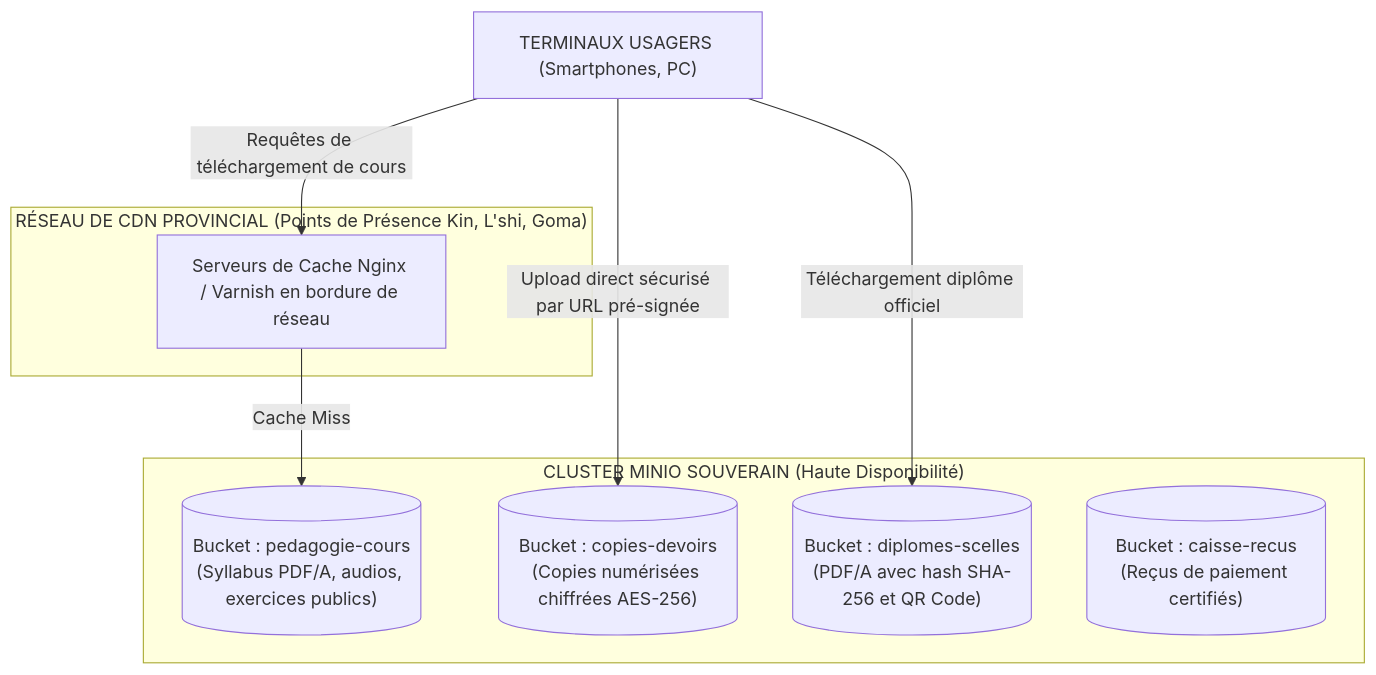
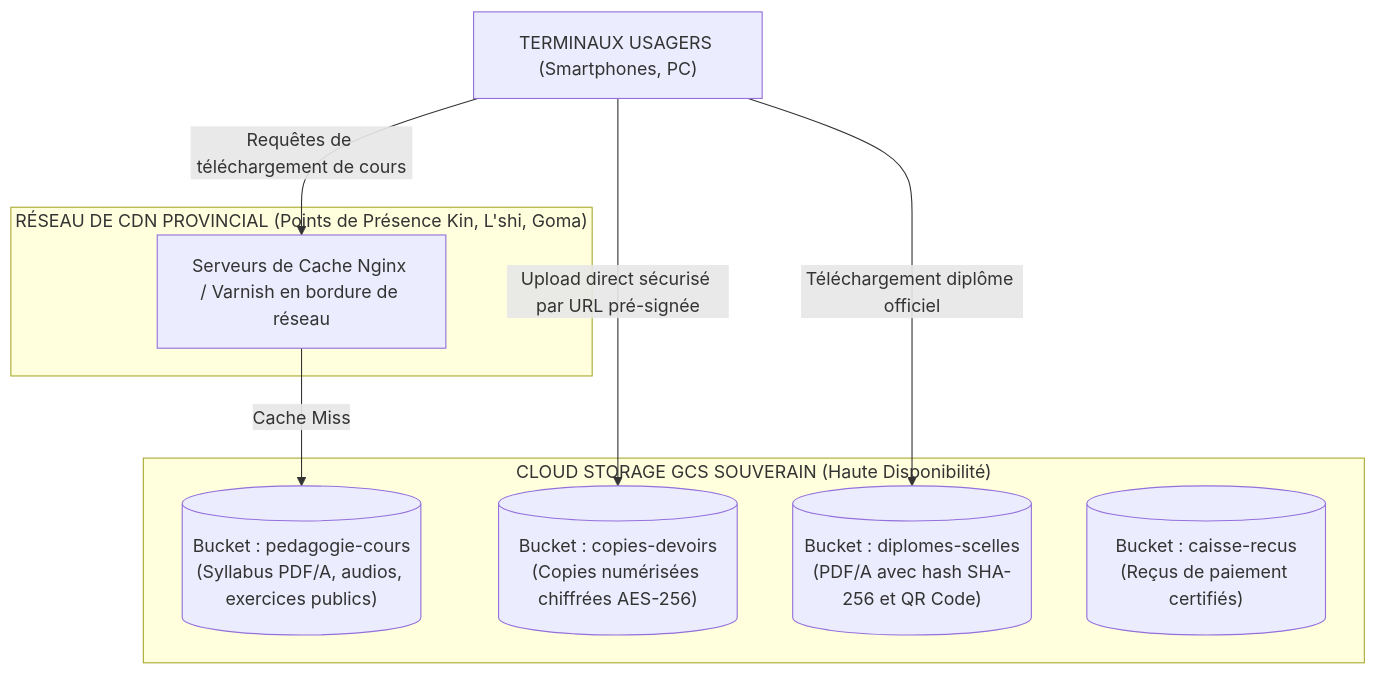
The first of 2 diagrams in tome-7/119/README.md (Adolphechris/clenel-elysium), drawn with Mermaid before and after one commit. The commit also changed other lines of this file and 39 other files, not shown here.

````diff
--- a/tome-7/119/README.md
+++ b/tome-7/119/README.md
@@ -20,20 +20,20 @@
 ```mermaid
 graph TD
     CLIENTS["TERMINAUX USAGERS (Smartphones, PC)"]
     
     subgraph CDN_EDGE["RÉSEAU DE CDN PROVINCIAL (Points de Présence Kin, L'shi, Goma)"]
         EDGE_CACHE["Serveurs de Cache Nginx / Varnish en bordure de réseau"]
     end
     
-    subgraph S3_STORAGE["CLUSTER MINIO SOUVERAIN (Haute Disponibilité)"]
+    subgraph GCS_STORAGE["CLOUD STORAGE GCS SOUVERAIN (Haute Disponibilité)"]
         B_PEDAGOGIE[("Bucket : pedagogie-cours\n(Syllabus PDF/A, audios, exercices publics)")]
         B_COPIES[("Bucket : copies-devoirs\n(Copies numérisées chiffrées AES-256)")]
         B_DIPLOMES[("Bucket : diplomes-scelles\n(PDF/A avec hash SHA-256 et QR Code)")]
         B_FINANCES[("Bucket : caisse-recus\n(Reçus de paiement certifiés)")]
     end
 
     CLIENTS -->|Requêtes de téléchargement de cours| EDGE_CACHE
     EDGE_CACHE -->|Cache Miss| B_PEDAGOGIE
     CLIENTS -->|Upload direct sécurisé par URL pré-signée| B_COPIES
     CLIENTS -->|Téléchargement diplôme officiel| B_DIPLOMES
 ```
````
